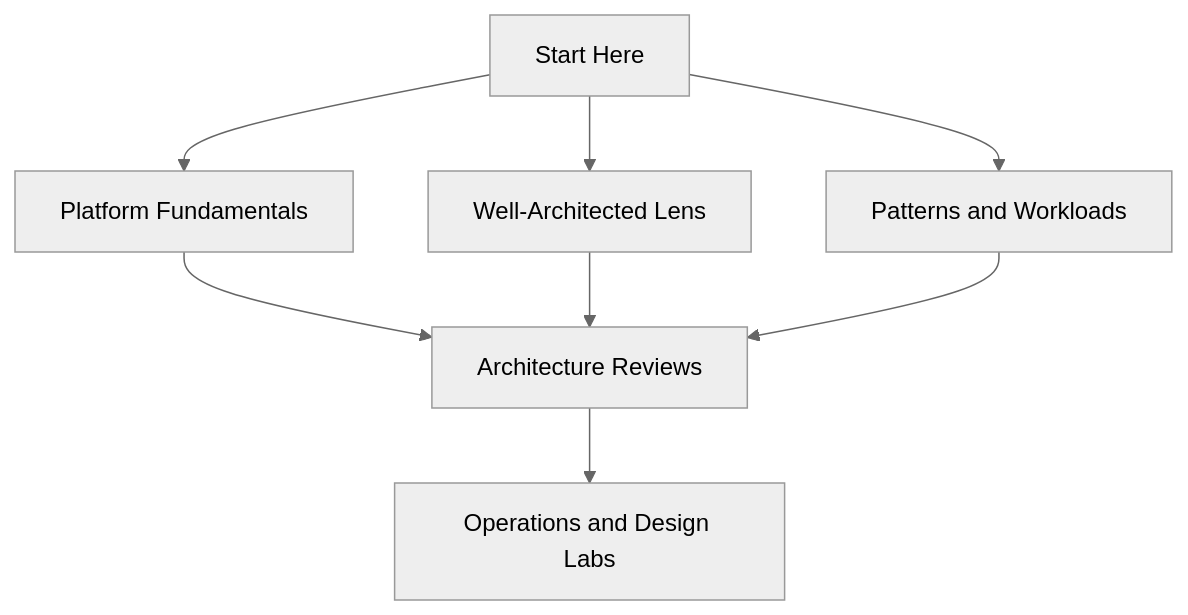
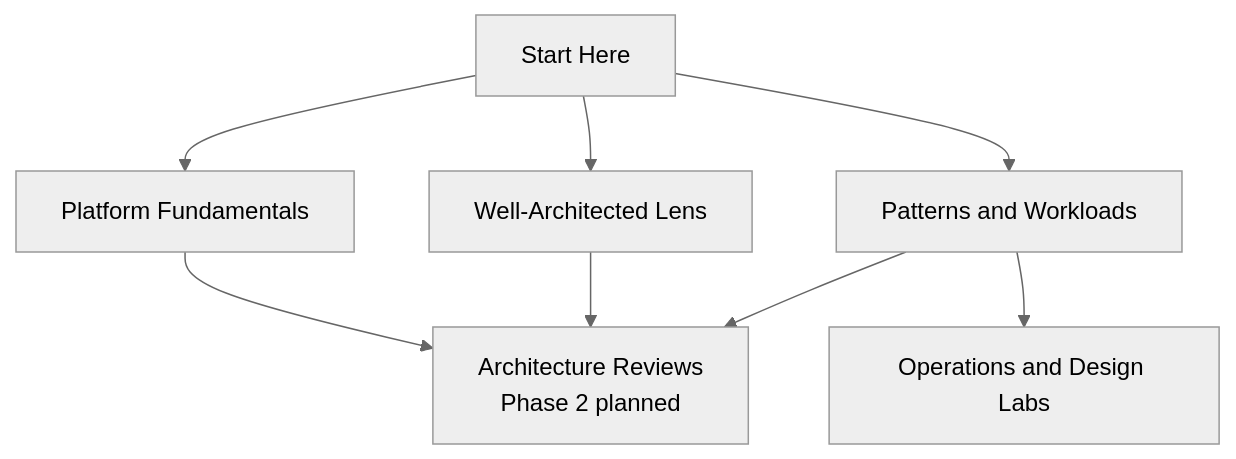
One commit to yeongseon/azure-architecture-practical-guide changed the diagram in docs/start-here/index.md. Above: the diagram before and after it, drawn with Mermaid (neutral theme). The commit also changed other lines of this file and 70 other files, not shown here.

````diff
--- a/docs/start-here/index.md
+++ b/docs/start-here/index.md
@@ -51,10 +51,10 @@
 ```mermaid
 flowchart TD
     A[Start Here] --> B[Platform Fundamentals]
     A --> C[Well-Architected Lens]
     A --> D[Patterns and Workloads]
-    B --> E[Architecture Reviews]
+    B --> E[Architecture Reviews<br/>Phase 2 planned]
     C --> E
     D --> E
-    E --> F[Operations and Design Labs]
+    D --> F[Operations and Design Labs]
 ```
````
